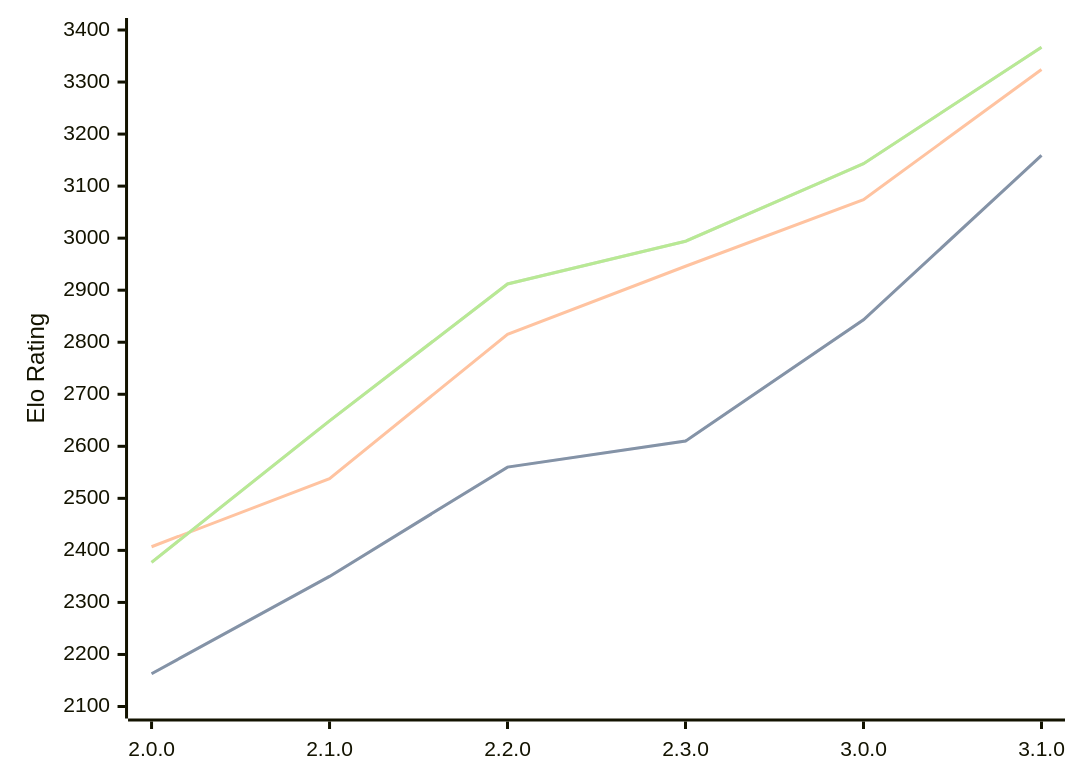
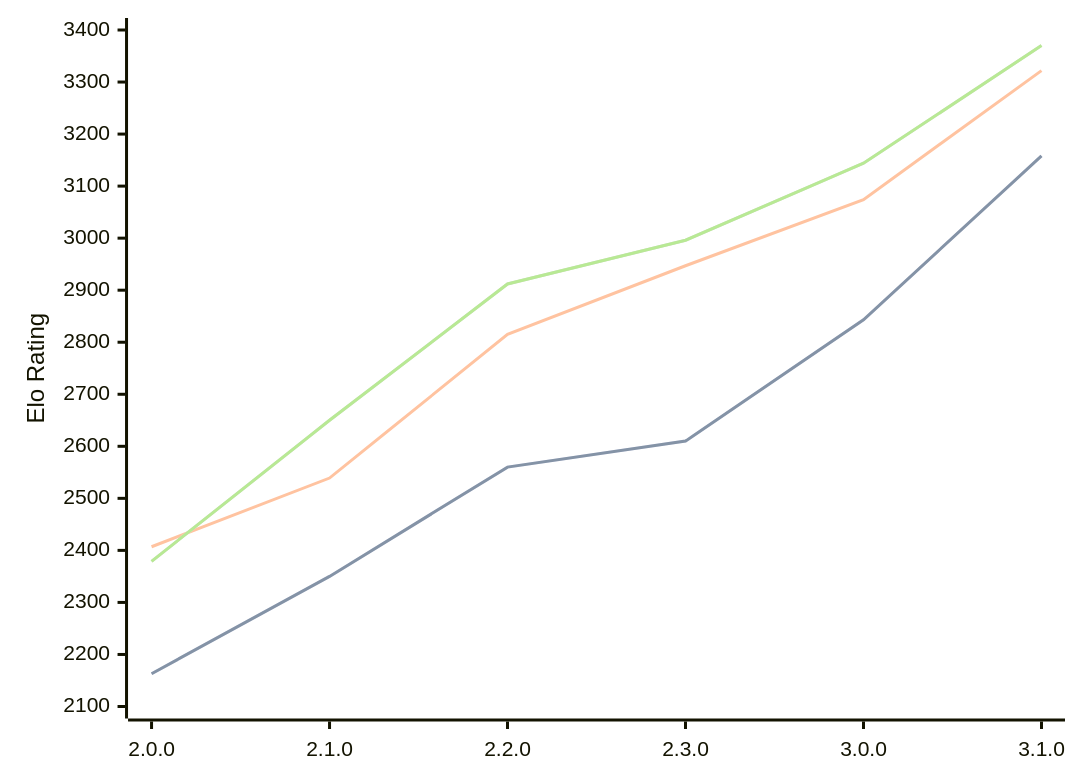
Before and after one commit to computer-chess-index/cci: the diagram in engines/Raphael.md, drawn with Mermaid. The commit also changed other lines of this file, not shown here.

Commit message:
Update CCI Ratings (ELO VLTC) - 2026-03-14

````diff
--- a/engines/Raphael.md
+++ b/engines/Raphael.md
@@ -46,11 +46,11 @@
 ```mermaid
 %%{init: {"theme":"base","themeVariables":{"seriesColors:['#a3a3a3','#222221','#faa371']}}}%%
 xychart-beta
   x-axis ["2.0.0", "2.1.0", "2.2.0", "2.3.0", "3.0.0", "3.1.0"]
   y-axis "Elo Rating" 2100 --> 3400
-  line "STC (8.0+0.08s)" [2163, 2350, 2560, 2610, 2843, 3159]
-  line "STC (8.0+0.08s)" [2163, 2350, 2560, 2610, 2843, 3159]
-  line "LTC (60.0+0.60s)" [2407, 2538, 2815, 2946, 3074, 3324]
-  line "VLTC (2m24s+1.12s)" [2377, 2649, 2912, 2994, 3143, 3367]
-  line "VLTC (2m24s+1.12s)" [2377, 2649, 2912, 2994, 3143, 3367]
+  line "STC (8.0+0.08s)" [2163, 2350, 2560, 2610, 2843, 3158]
+  line "STC (8.0+0.08s)" [2163, 2350, 2560, 2610, 2843, 3158]
+  line "LTC (60.0+0.60s)" [2407, 2539, 2815, 2947, 3074, 3322]
+  line "VLTC (2m24s+1.12s)" [2379, 2650, 2912, 2996, 3144, 3370]
+  line "VLTC (2m24s+1.12s)" [2379, 2650, 2912, 2996, 3144, 3370]
 ```
````
